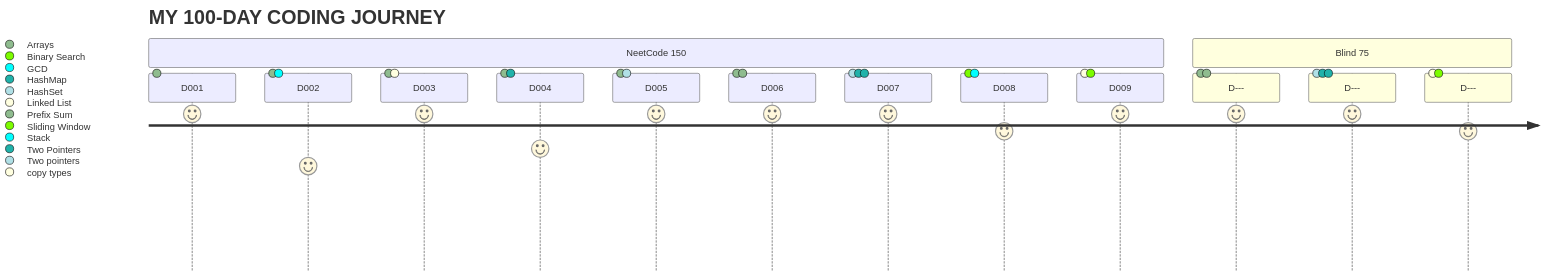
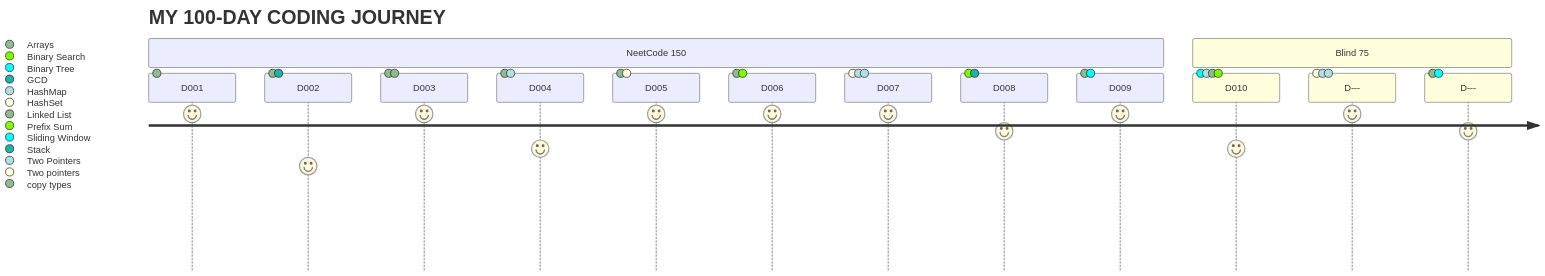
The diagram in log.md (Edddush/100-days-of-code), drawn with Mermaid before and after one commit. The commit also changed other lines of this file, not shown here.

````diff
--- a/log.md
+++ b/log.md
@@ -3,18 +3,18 @@
 ```mermaid
 journey
     title MY 100-DAY CODING JOURNEY
     section NeetCode 150
       D001: 9: Arrays
       D002: 6: Arrays, GCD
       D003: 9: Arrays, copy types
       D004: 7: Arrays, Two Pointers
       D005: 9: Arrays, Two pointers
       D006: 9: Arrays, Prefix Sum
       D007: 9: HashSet, HashMap, Two Pointers
       D008: 8: Binary Search, Stack
       D009: 9: Linked List, Sliding Window
     section Blind 75
-      D---: 9: Arrays, Prefix Sum
+      D010: 7: Binary Tree, HashMap, Linked List, Prefix Sum
       D---: 9: HashSet, HashMap, Two Pointers
       D---: 8: Linked List, Sliding Window
 ```
````
